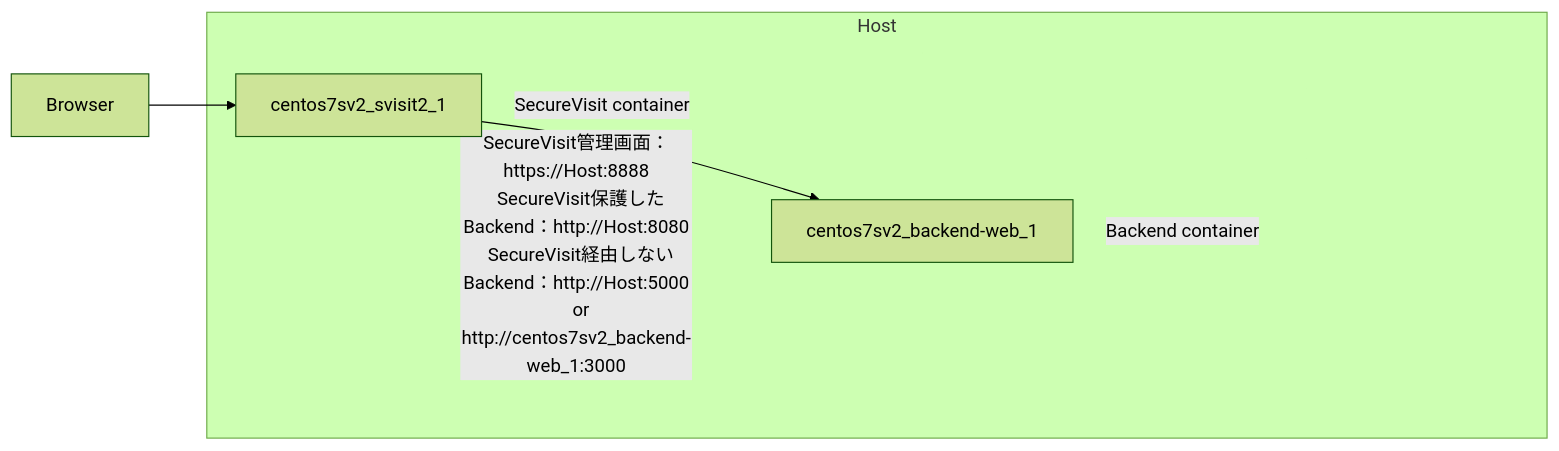
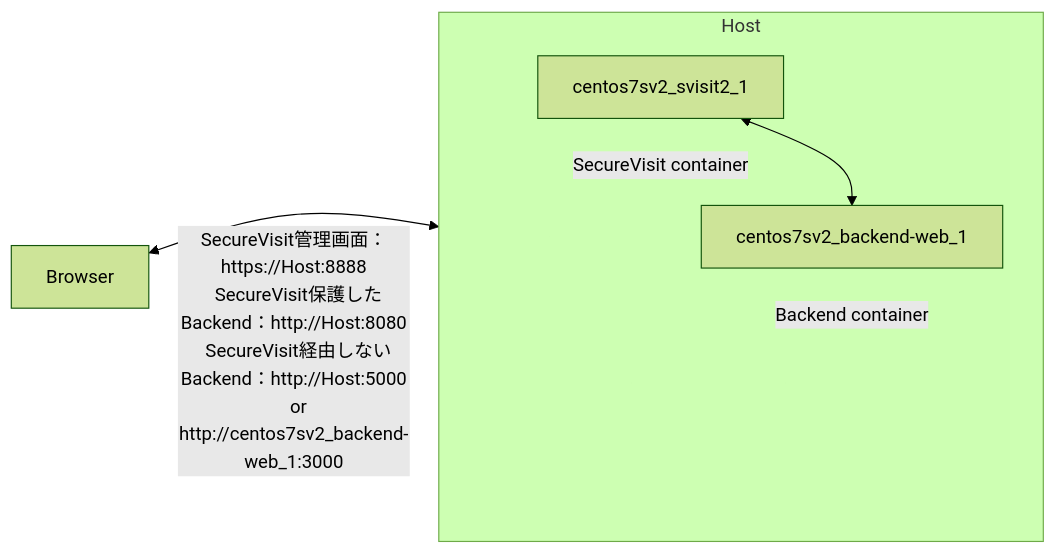
Before and after one commit to feitianjapanlee/centos7sv2: the diagram in README.md, drawn with Mermaid (forest theme).

Commit message:
mermaid update

````diff
--- a/README.md
+++ b/README.md
@@ -8,18 +8,16 @@
 ```mermaid
 graph LR
   B[Browser]
   subgraph Host
-    S[centos7sv2_svisit2_1]
-    BE[centos7sv2_backend-web_1] 
+    SV[centos7sv2_svisit2_1] <--> BE[centos7sv2_backend-web_1] 
   end
-  B --> S --> BE
-  S ---|"
+  B <--> Host
+  B ~~~|"
   SecureVisit管理画面：https://Host:8888
   SecureVisit保護したBackend：http://Host:8080
   SecureVisit経由しないBackend：http://Host:5000
    or http://centos7sv2_backend-web_1:3000
-  "|BE
-  S ---|"SecureVisit container"|S
-  BE ---|"Backend container"|BE
-  linkStyle 2,3,4 stroke-width:0px
+  "|Host
+  SV ~~~|"SecureVisit container"|SV
+  BE ~~~|"Backend container"|BE
 ```
````
